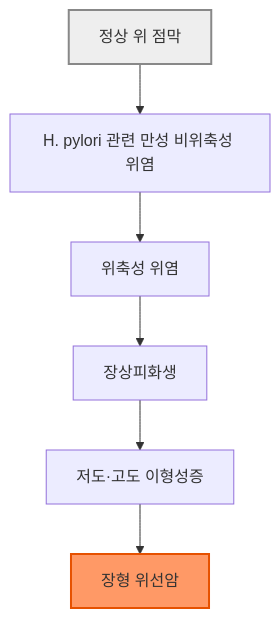
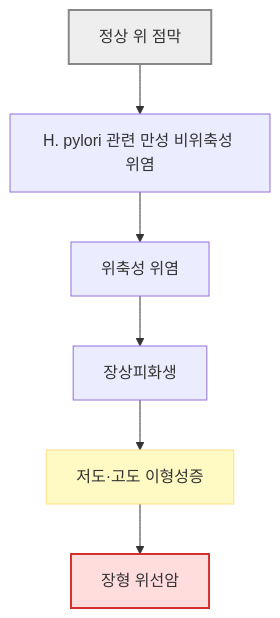
One commit to familyoh77/familyoh77 changed the first of 2 diagrams in 224_/078_-gastritis.md. Above: the diagram before and after it, drawn with Mermaid. The commit also changed other lines of this file and 5 other files, not shown here.

````diff
--- a/224_/078_-gastritis.md
+++ b/224_/078_-gastritis.md
@@ -23,11 +23,12 @@
 ```mermaid
 flowchart TD
     A["정상 위 점막"] --> B["H. pylori 관련 만성 비위축성 위염"]
     B --> C["위축성 위염"]
     C --> D["장상피화생"]
     D --> E["저도·고도 이형성증"]
     E --> F["장형 위선암"]
 
     style A fill:#eeeeee,stroke:#888888,stroke-width:2px
-    style F fill:#f96,stroke:#e65100,stroke-width:2px
+    style E fill:#fff9c4,stroke:#ffe082
+    style F fill:#ffdddd,stroke:#d32f2f,stroke-width:2px
 ```
````
